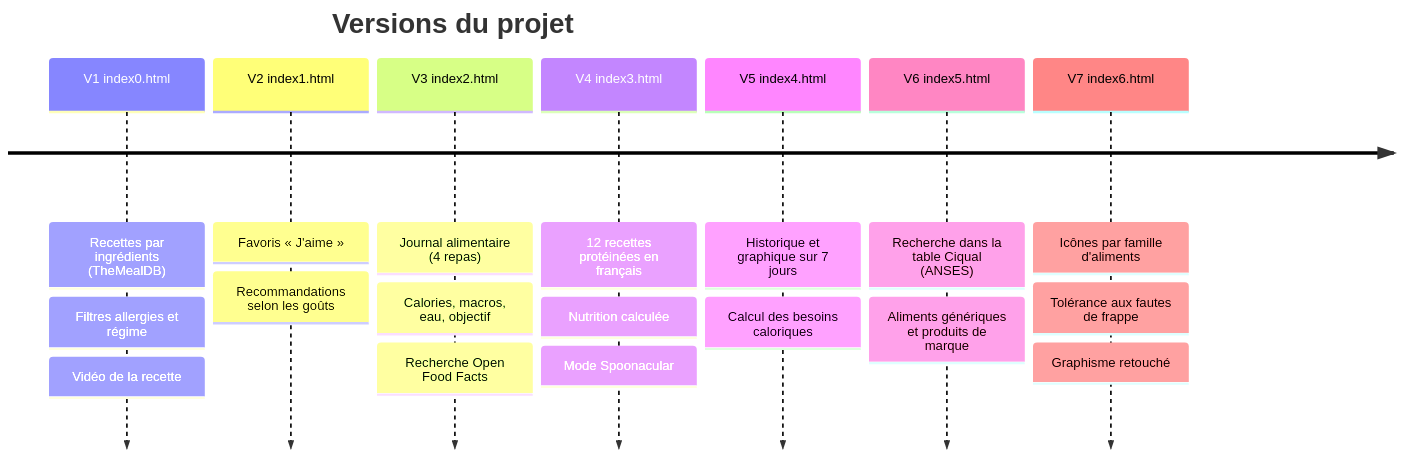
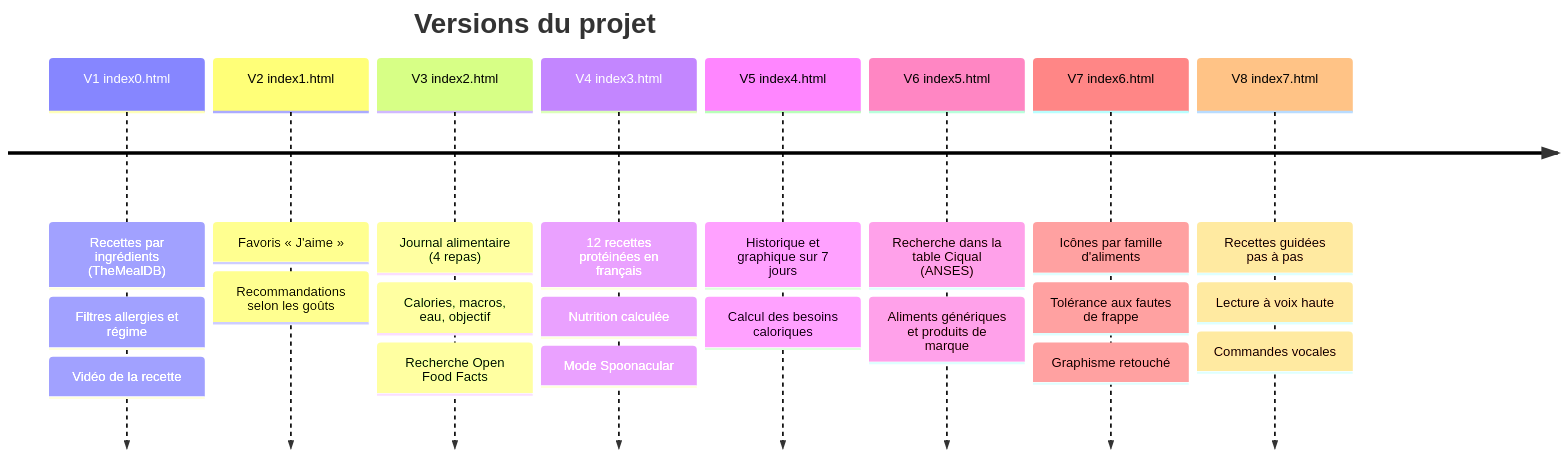
Before and after one commit to Sami-Le/generateur-de-recettes: the second of 2 diagrams in accueil.md, drawn with Mermaid. The commit also changed other lines of this file and 5 other files, not shown here.

First line of the commit message:
V8 : onglet Cuisiner, recettes guidées pas à pas à la voix

````diff
--- a/accueil.md
+++ b/accueil.md
@@ -47,11 +49,12 @@
 ```mermaid
 timeline
     title Versions du projet
     V1 index0.html : Recettes par ingrédients (TheMealDB) : Filtres allergies et régime : Vidéo de la recette
     V2 index1.html : Favoris « J'aime » : Recommandations selon les goûts
     V3 index2.html : Journal alimentaire (4 repas) : Calories, macros, eau, objectif : Recherche Open Food Facts
     V4 index3.html : 12 recettes protéinées en français : Nutrition calculée : Mode Spoonacular
     V5 index4.html : Historique et graphique sur 7 jours : Calcul des besoins caloriques
     V6 index5.html : Recherche dans la table Ciqual (ANSES) : Aliments génériques et produits de marque
     V7 index6.html : Icônes par famille d'aliments : Tolérance aux fautes de frappe : Graphisme retouché
+    V8 index7.html : Recettes guidées pas à pas : Lecture à voix haute : Commandes vocales
 ```
````
